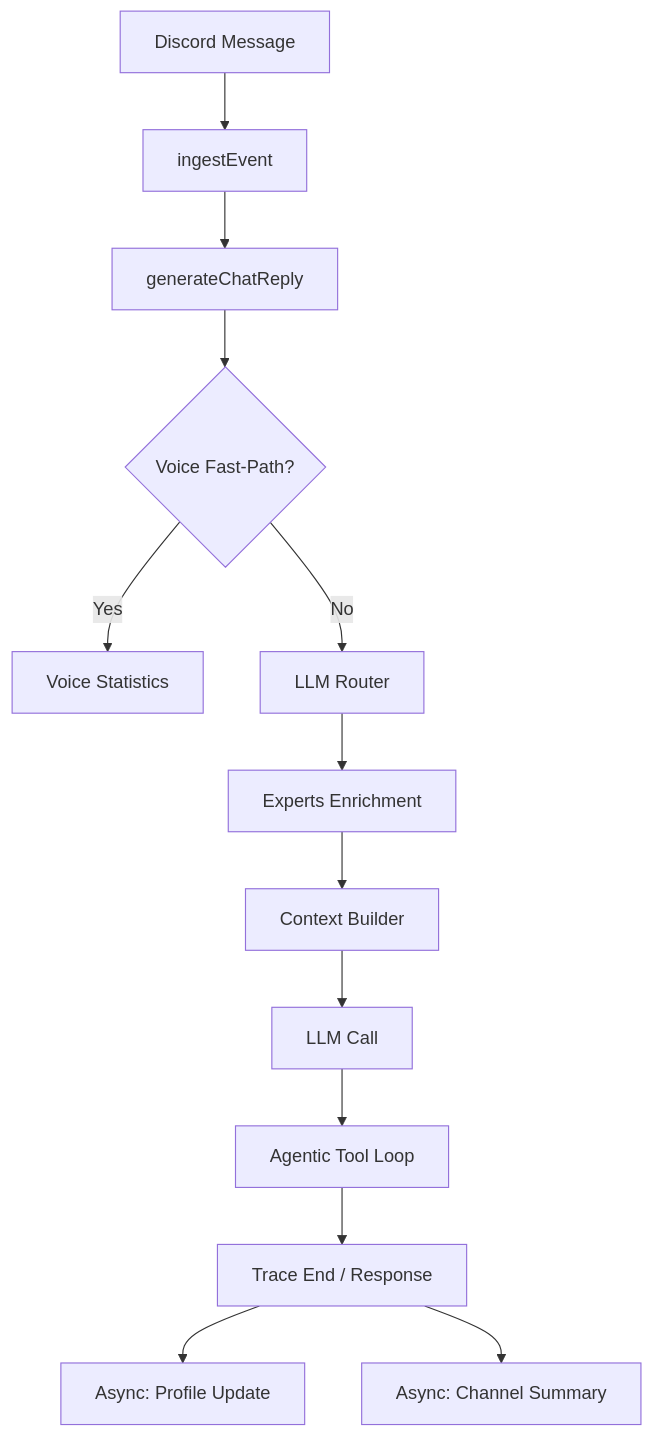
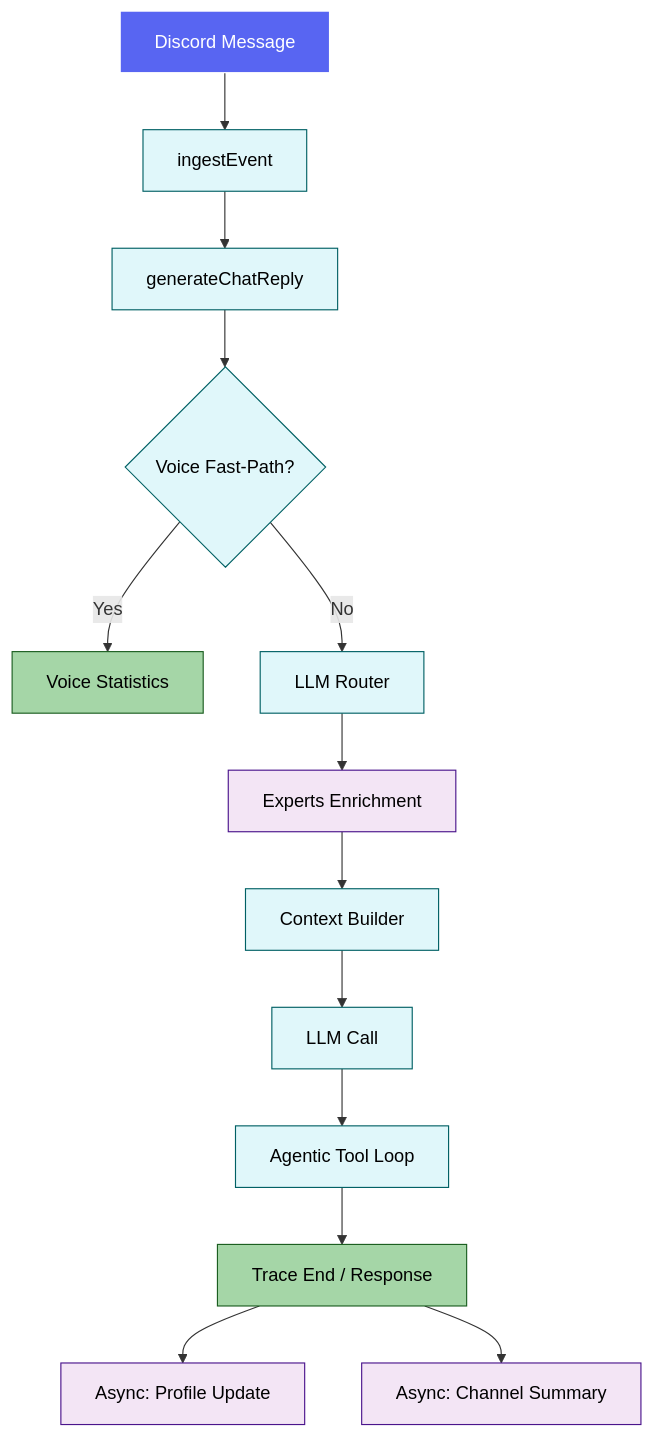
One commit to BokX1/Sage changed the first of 2 diagrams in docs/architecture/pipeline.md. Above: the diagram before and after it, drawn with Mermaid. The commit also changed 10 other files, not shown here.

````diff
--- a/docs/architecture/pipeline.md
+++ b/docs/architecture/pipeline.md
@@ -7,15 +7,21 @@
 ```mermaid
 graph TD
-    A[Discord Message] --> B[ingestEvent]
-    B --> C[generateChatReply]
-    C --> D{Voice Fast-Path?}
-    D -- Yes --> E[Voice Statistics]
-    D -- No --> F[LLM Router]
-    F --> G[Experts Enrichment]
-    G --> H[Context Builder]
-    H --> I[LLM Call]
-    I --> J[Agentic Tool Loop]
-    J --> K[Trace End / Response]
-    K --> L[Async: Profile Update]
-    K --> M[Async: Channel Summary]
+    %% Styling
+    classDef discord fill:#5865F2,stroke:#fff,color:white
+    classDef logic fill:#e0f7fa,stroke:#006064,color:black
+    classDef expert fill:#f3e5f5,stroke:#4a148c,color:black
+    classDef output fill:#a5d6a7,stroke:#1b5e20,color:black
+
+    A[Discord Message]:::discord --> B[ingestEvent]:::logic
+    B --> C[generateChatReply]:::logic
+    C --> D{Voice Fast-Path?}:::logic
+    D -- Yes --> E[Voice Statistics]:::output
+    D -- No --> F[LLM Router]:::logic
+    F --> G[Experts Enrichment]:::expert
+    G --> H[Context Builder]:::logic
+    H --> I[LLM Call]:::logic
+    I --> J[Agentic Tool Loop]:::logic
+    J --> K[Trace End / Response]:::output
+    K --> L[Async: Profile Update]:::expert
+    K --> M[Async: Channel Summary]:::expert
 ```
````
